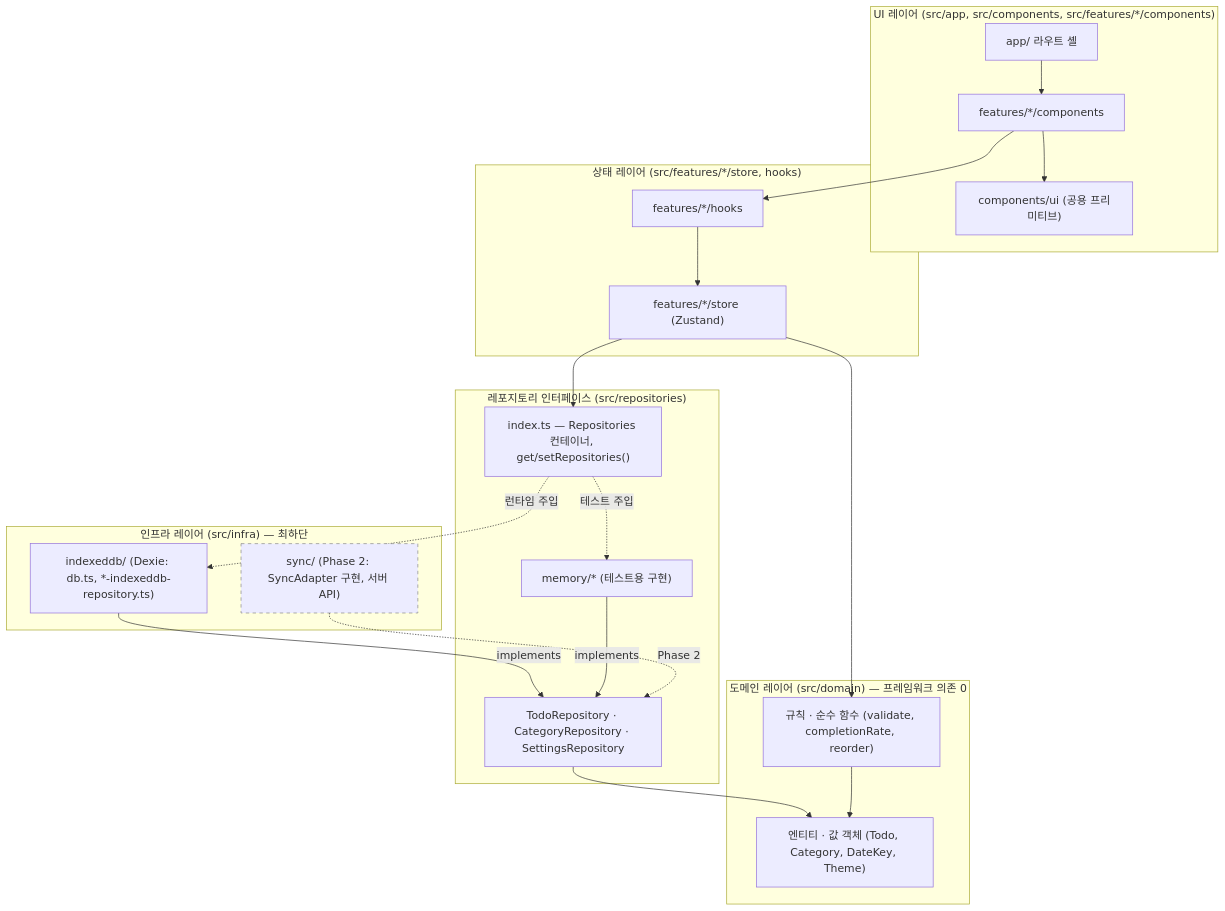
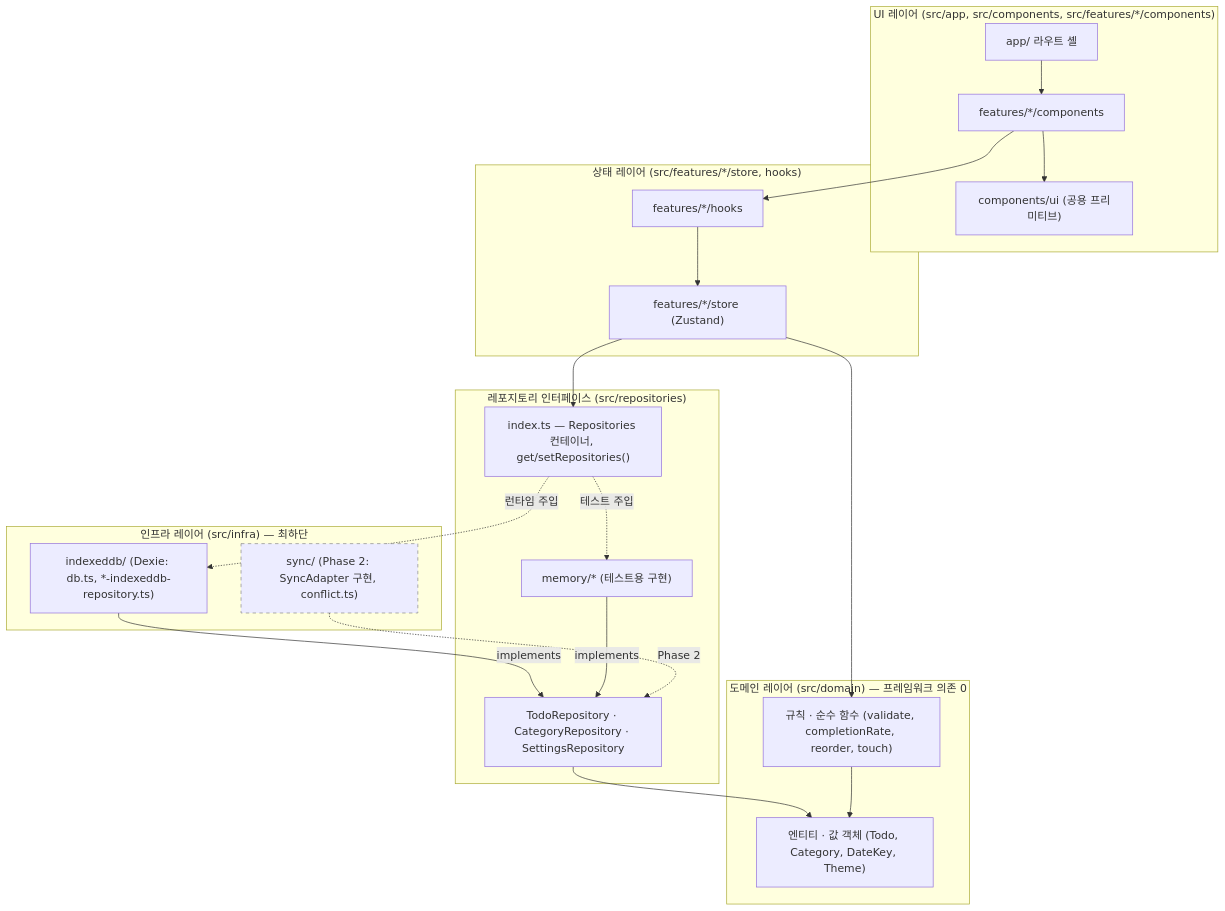
One commit to alfks/Tasky changed the diagram in docs/ARCHITECTURE.md. Above: the diagram before and after it, drawn with Mermaid. The commit also changed other lines of this file and 15 other files, not shown here.

````diff
--- a/docs/ARCHITECTURE.md
+++ b/docs/ARCHITECTURE.md
@@ -10,34 +10,34 @@
 ```mermaid
 flowchart TB
   subgraph UI["UI 레이어  (src/app, src/components, src/features/*/components)"]
     APP["app/ 라우트 셸"] --> FC["features/*/components"]
     FC --> CU["components/ui (공용 프리미티브)"]
   end
   subgraph STATE["상태 레이어  (src/features/*/store, hooks)"]
     HK["features/*/hooks"] --> ST["features/*/store (Zustand)"]
   end
   subgraph DOMAIN["도메인 레이어  (src/domain)  — 프레임워크 의존 0"]
     EN["엔티티 · 값 객체 (Todo, Category, DateKey, Theme)"]
-    RU["규칙 · 순수 함수 (validate, completionRate, reorder)"]
+    RU["규칙 · 순수 함수 (validate, completionRate, reorder, touch)"]
   end
   subgraph PORT["레포지토리 인터페이스  (src/repositories)"]
     RI["TodoRepository · CategoryRepository · SettingsRepository"]
     RM["memory/* (테스트용 구현)"]
     RC["index.ts — Repositories 컨테이너, get/setRepositories()"]
   end
   subgraph INFRA["인프라 레이어  (src/infra)  — 최하단"]
     IDB["indexeddb/ (Dexie: db.ts, *-indexeddb-repository.ts)"]
-    SYNC["sync/ (Phase 2: SyncAdapter 구현, 서버 API)"]:::ext
+    SYNC["sync/ (Phase 2: SyncAdapter 구현, conflict.ts)"]:::ext
   end
   FC --> HK
   ST --> RU
   ST --> RC
   RC -. 런타임 주입 .-> IDB
   RC -. 테스트 주입 .-> RM
   IDB -- implements --> RI
   RM -- implements --> RI
   RI --> EN
   RU --> EN
   SYNC -. Phase 2 .-> RI
   classDef ext stroke-dasharray: 5 5,stroke:#888;
 ```
````
